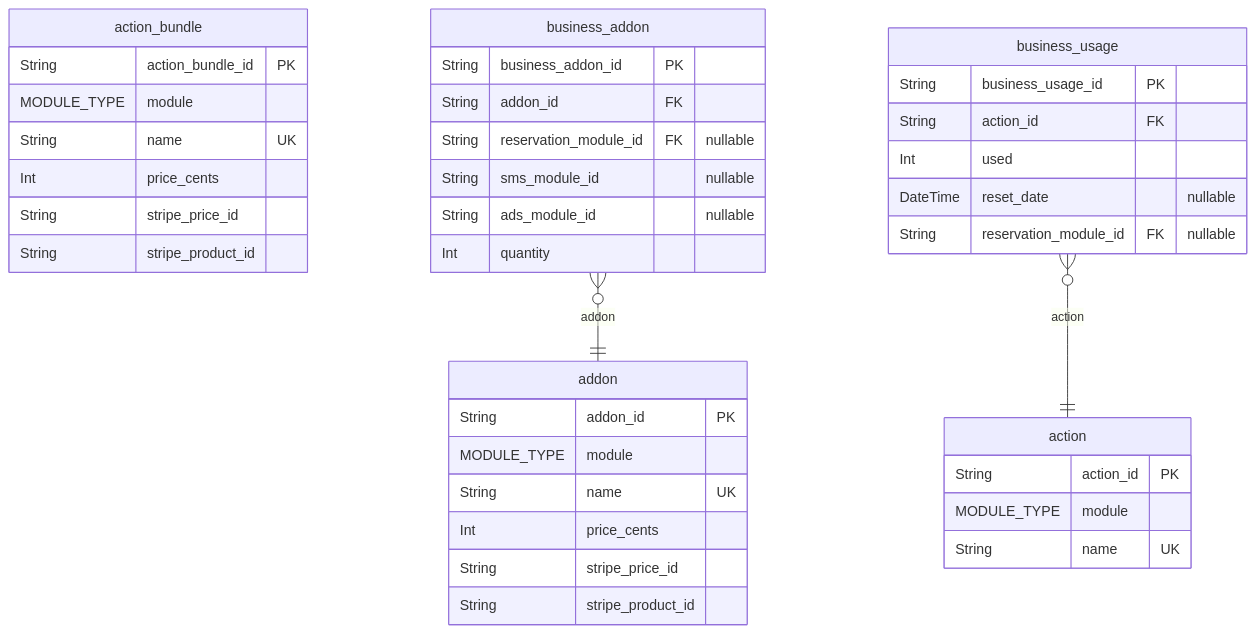
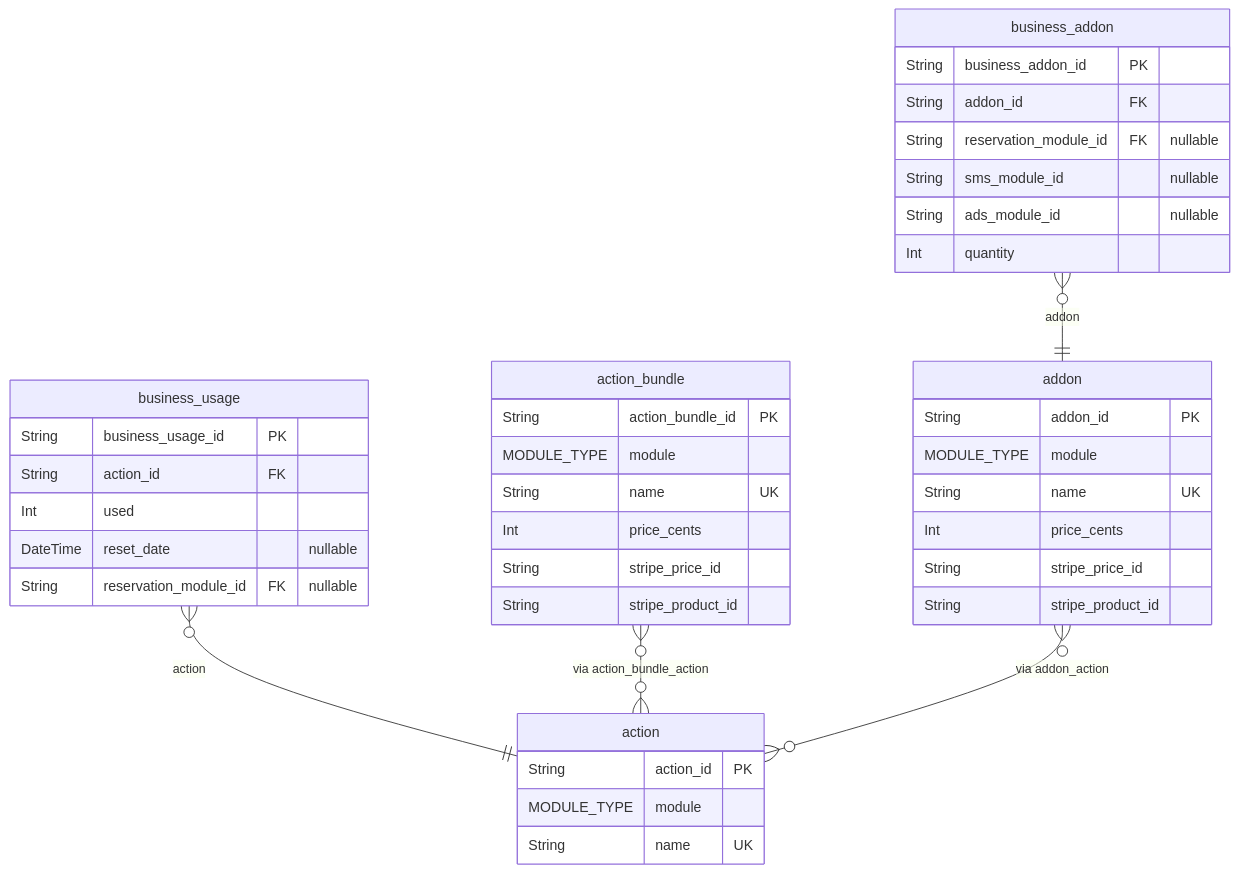
Diagram 27 of 37 in prisma/schemas/ERD.md (pbozic/be-analyisis), drawn with Mermaid before and after one commit. The commit also changed other lines of this file and 6 other files, not shown here.

Commit message:
feature: update to ERD generation with post-processing function

````diff
--- a/prisma/schemas/ERD.md
+++ b/prisma/schemas/ERD.md
@@ -7014,41 +7371,45 @@
 ```mermaid
 erDiagram
 "action_bundle" {
   String action_bundle_id PK
   MODULE_TYPE module
   String name UK
   Int price_cents
   String stripe_price_id
   String stripe_product_id
 }
 "addon" {
   String addon_id PK
   MODULE_TYPE module
   String name UK
   Int price_cents
   String stripe_price_id
   String stripe_product_id
 }
 "action" {
   String action_id PK
   MODULE_TYPE module
   String name UK
 }
 "business_addon" {
   String business_addon_id PK
   String addon_id FK
   String reservation_module_id FK "nullable"
   String sms_module_id "nullable"
   String ads_module_id "nullable"
   Int quantity
 }
 "business_usage" {
   String business_usage_id PK
   String action_id FK
   Int used
   DateTime reset_date "nullable"
   String reservation_module_id FK "nullable"
 }
 "business_addon" }o--|| "addon" : addon
 "business_usage" }o--|| "action" : action
+
+"action_bundle" }o--o{ "action" : "via action_bundle_action"
+
+"addon" }o--o{ "action" : "via addon_action"
 ```
````
